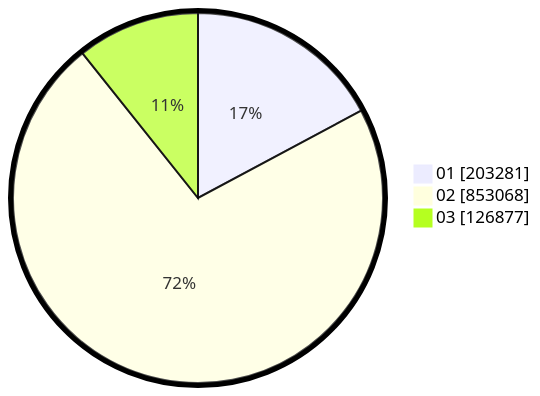
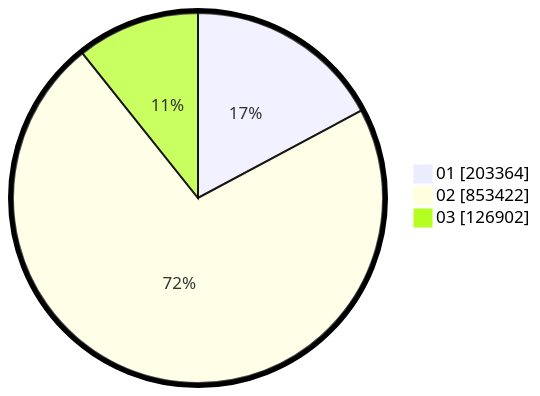
Before and after one commit to gigit-pemilu/pemilu-2024: the second of 2 diagrams in pilpres/hitung-suara/sub/table-wilayah-62.md, drawn with Mermaid. The commit also changed other lines of this file and 6 other files, not shown here.

````diff
--- a/pilpres/hitung-suara/sub/table-wilayah-62.md
+++ b/pilpres/hitung-suara/sub/table-wilayah-62.md
@@ -15,7 +15,7 @@
 ```mermaid
 %%{init: {"pie": {"textPosition": 0.5}, "themeVariables": {"pieOuterStrokeWidth": "5px"}} }%%
 pie showData
-    "01" : 203281
-    "02" : 853068
-    "03" : 126877
+    "01" : 203364
+    "02" : 853422
+    "03" : 126902
 ```
````
